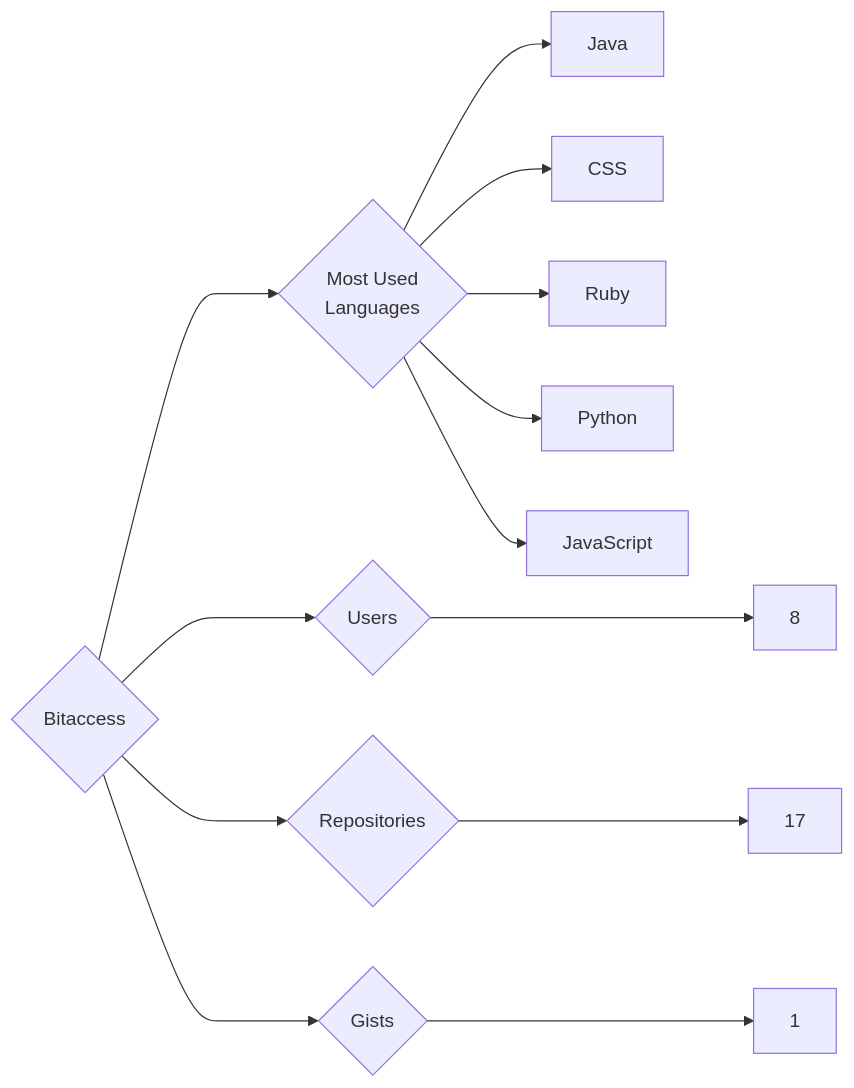
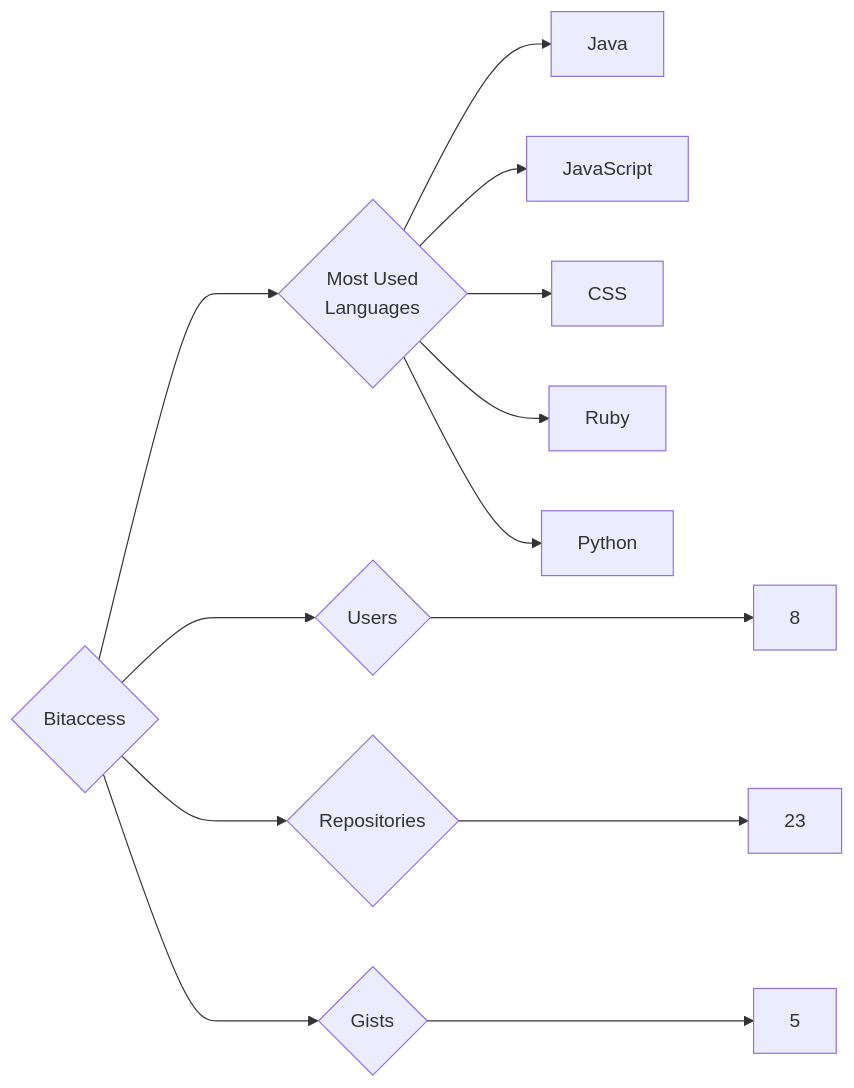
The diagram in targets/Bitaccess/README.md (trickest/insiders), drawn with Mermaid before and after one commit. The commit also changed 1036 other files, not shown here.

````diff
--- a/targets/Bitaccess/README.md
+++ b/targets/Bitaccess/README.md
@@ -3,13 +3,13 @@
 ```mermaid
 graph LR
 COMPANY_NAME{Bitaccess}
 COMPANY_NAME ---> U{Users} ---> UN[8]
-COMPANY_NAME ---> R{Repositories} ---> RN[17]
-COMPANY_NAME ---> G{Gists} ---> GN[1]
+COMPANY_NAME ---> R{Repositories} ---> RN[23]
+COMPANY_NAME ---> G{Gists} ---> GN[5]
 COMPANY_NAME ---> ML{Most Used<br>Languages}
 ML --> Java[Java]
+ML --> JavaScript[JavaScript]
 ML --> CSS[CSS]
 ML --> Ruby[Ruby]
 ML --> Python[Python]
-ML --> JavaScript[JavaScript]
 ```
````
